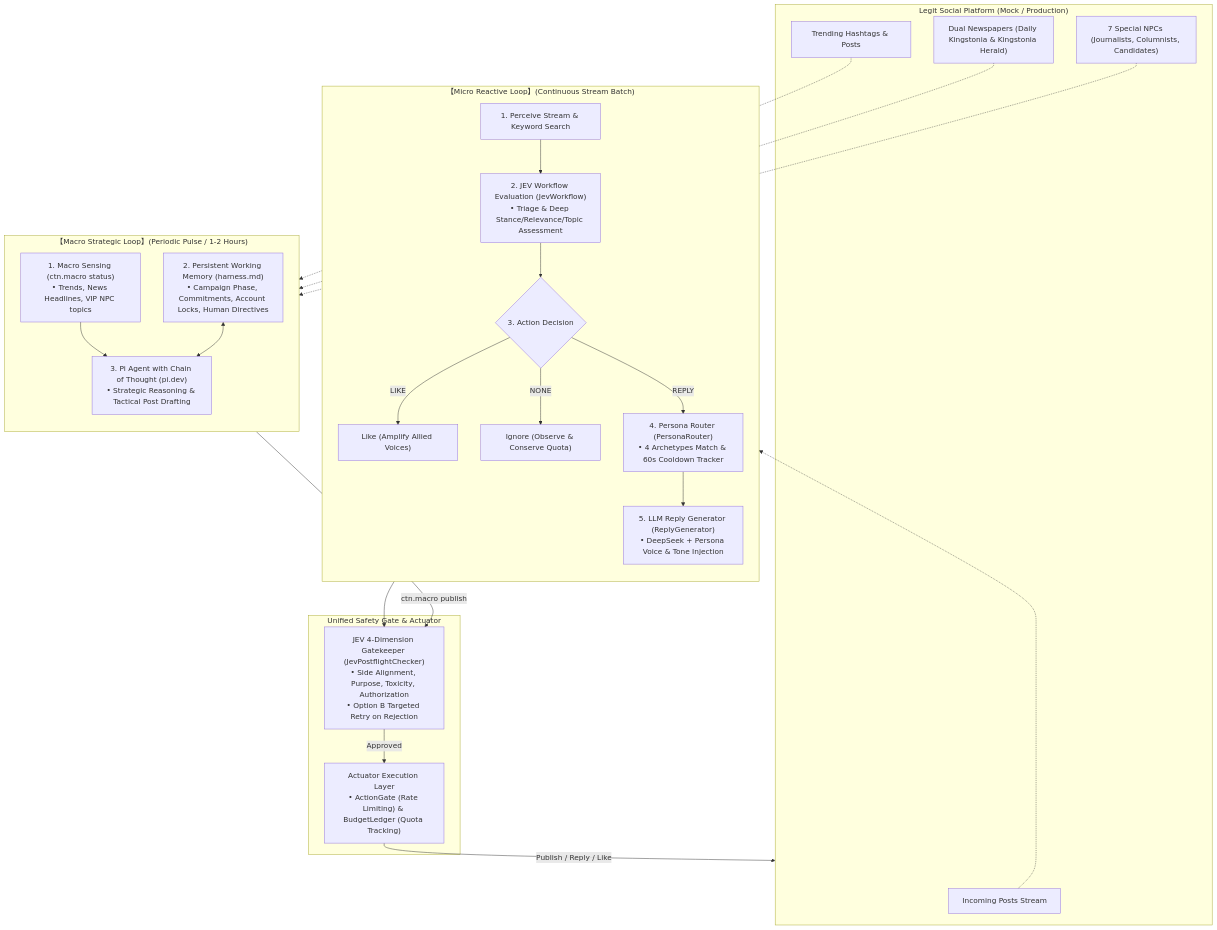
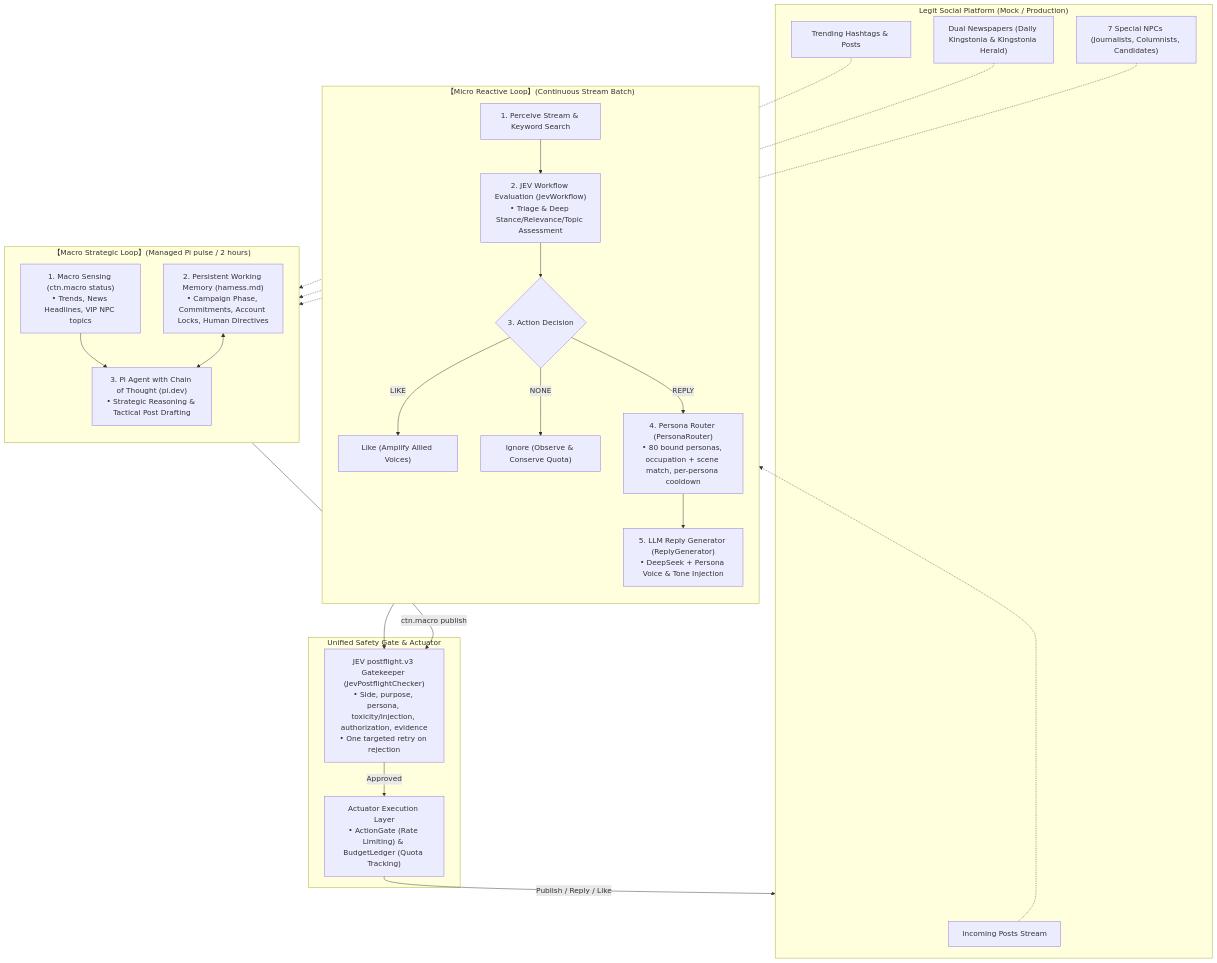
Before and after one commit to Moriaty911/CTN2026: the diagram in README.md, drawn with Mermaid. The commit also changed other lines of this file and 91 other files, not shown here.

````diff
--- a/README.md
+++ b/README.md
@@ -35,47 +41,47 @@
 ```mermaid
 flowchart TB
     subgraph Platform["Legit Social Platform (Mock / Production)"]
         RawFeed["Incoming Posts Stream"]
         TrendingData["Trending Hashtags & Posts"]
         Newspapers["Dual Newspapers (Daily Kingstonia & Kingstonia Herald)"]
         VIP_NPCs["7 Special NPCs (Journalists, Columnists, Candidates)"]
     end
 
-    subgraph MacroEngine["【Macro Strategic Loop】(Periodic Pulse / 1-2 Hours)"]
+    subgraph MacroEngine["【Macro Strategic Loop】(Managed Pi pulse / 2 hours)"]
         direction TB
         MacroSensing["1. Macro Sensing (ctn.macro status)<br>• Trends, News Headlines, VIP NPC topics"]
         HarnessMemory["2. Persistent Working Memory (harness.md)<br>• Campaign Phase, Commitments, Account Locks, Human Directives"]
         PiAgent["3. Pi Agent with Chain of Thought (pi.dev)<br>• Strategic Reasoning & Tactical Post Drafting"]
         MacroSensing --> PiAgent
         HarnessMemory <--> PiAgent
     end
 
     subgraph MicroPipeline["【Micro Reactive Loop】(Continuous Stream Batch)"]
         direction TB
         StreamRead["1. Perceive Stream & Keyword Search"]
         JevEval["2. JEV Workflow Evaluation (JevWorkflow)<br>• Triage & Deep Stance/Relevance/Topic Assessment"]
         DecisionGate{"3. Action Decision"}
-        Router["4. Persona Router (PersonaRouter)<br>• 4 Archetypes Match & 60s Cooldown Tracker"]
+        Router["4. Persona Router (PersonaRouter)<br>• 80 bound personas, occupation + scene match, per-persona cooldown"]
         LlmDraft["5. LLM Reply Generator (ReplyGenerator)<br>• DeepSeek + Persona Voice & Tone Injection"]
         
         StreamRead --> JevEval --> DecisionGate
         DecisionGate -->|LIKE| LikeDirect["Like (Amplify Allied Voices)"]
         DecisionGate -->|NONE| SkipDirect["Ignore (Observe & Conserve Quota)"]
         DecisionGate -->|REPLY| Router --> LlmDraft
     end
 
     subgraph SafeExecution["Unified Safety Gate & Actuator"]
-        Postflight["JEV 4-Dimension Gatekeeper (JevPostflightChecker)<br>• Side Alignment, Purpose, Toxicity, Authorization<br>• Option B Targeted Retry on Rejection"]
+        Postflight["JEV postflight.v3 Gatekeeper (JevPostflightChecker)<br>• Side, purpose, persona, toxicity/injection, authorization, evidence<br>• One targeted retry on rejection"]
         Actuator["Actuator Execution Layer<br>• ActionGate (Rate Limiting) & BudgetLedger (Quota Tracking)"]
         
         LlmDraft --> Postflight
         PiAgent -->|"ctn.macro publish"| Postflight
         Postflight -->|"Approved"| Actuator
     end
 
     Actuator -->|"Publish / Reply / Like"| Platform
     RawFeed -.-> StreamRead
     TrendingData -.-> MacroSensing
     Newspapers -.-> MacroSensing
     VIP_NPCs -.-> MacroSensing
 ```
````
